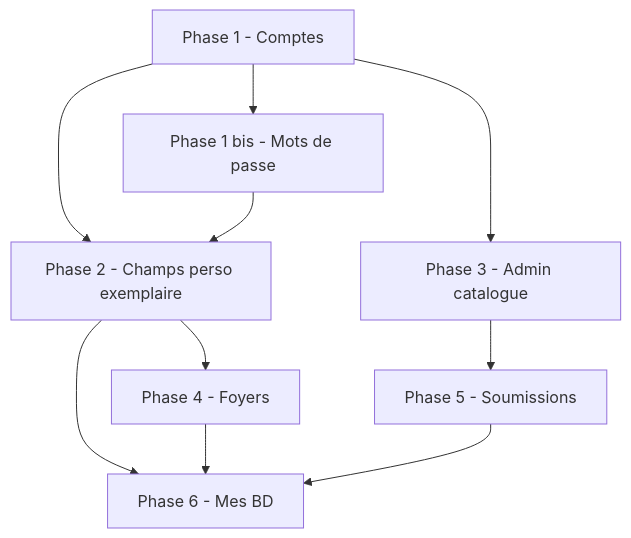
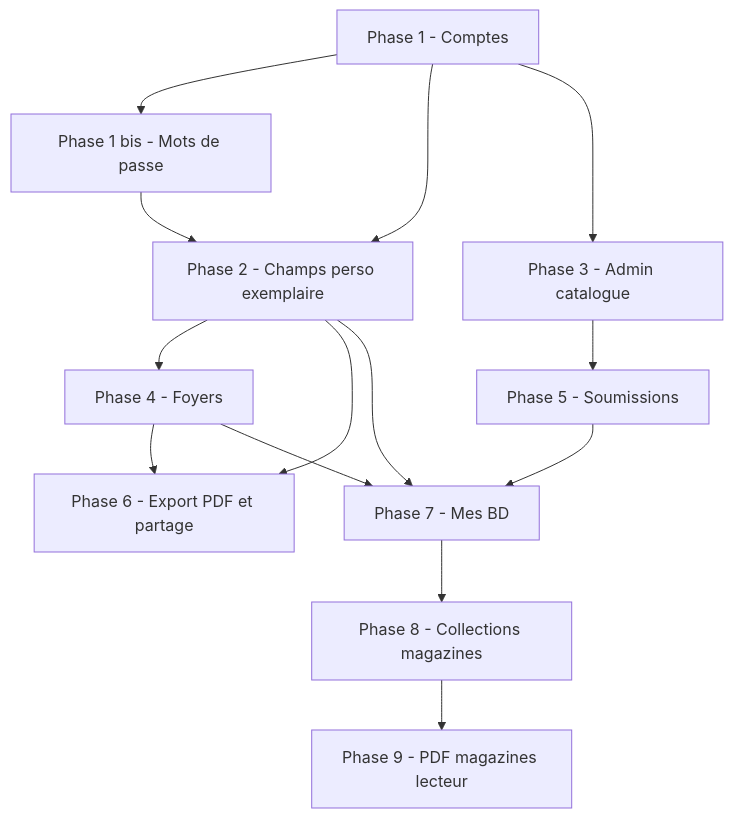
Before and after one commit to daryl40000/Moncine: the diagram in ROADMAP.md, drawn with Mermaid. The commit also changed other lines of this file and 1 other file, not shown here.

Commit message:
Mise à jour roadmap

````diff
--- a/ROADMAP.md
+++ b/ROADMAP.md
@@ -58,20 +65,27 @@
 ```mermaid
 flowchart TD
     P1[Phase 1 - Comptes]
     P1b[Phase 1 bis - Mots de passe]
     P2[Phase 2 - Champs perso exemplaire]
     P3[Phase 3 - Admin catalogue]
     P4[Phase 4 - Foyers]
     P5[Phase 5 - Soumissions]
-    P6[Phase 6 - Mes BD]
+    P6[Phase 6 - Export PDF et partage]
+    P7[Phase 7 - Mes BD]
+    P8[Phase 8 - Collections magazines]
+    P9[Phase 9 - PDF magazines lecteur]
 
     P1 --> P1b
     P1 --> P2
     P1 --> P3
     P1b --> P2
     P2 --> P4
     P3 --> P5
     P2 --> P6
     P4 --> P6
-    P5 --> P6
+    P5 --> P7
+    P2 --> P7
+    P4 --> P7
+    P7 --> P8
+    P8 --> P9
 ```
````
